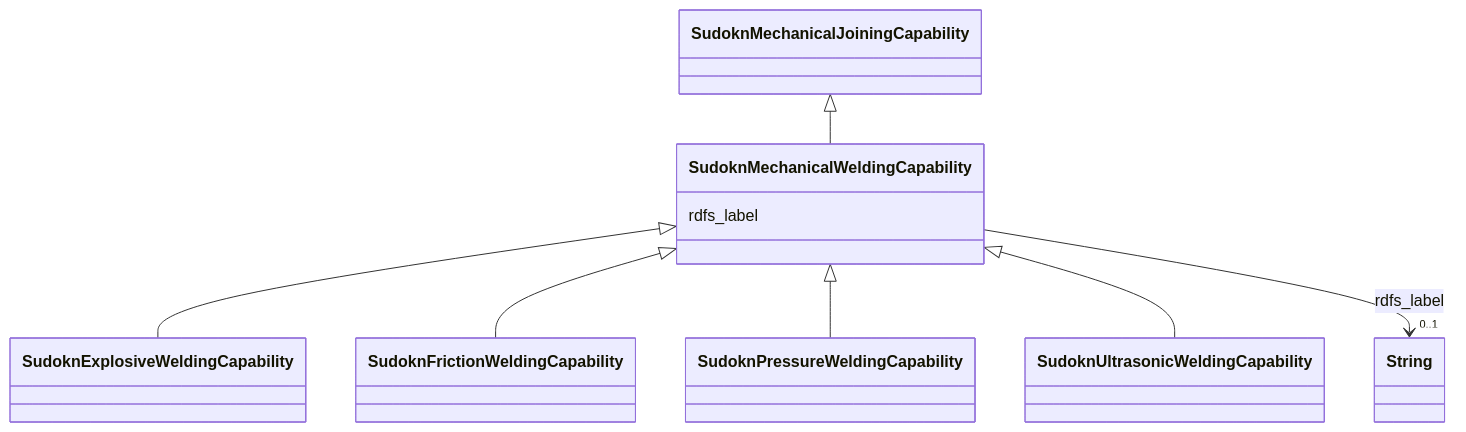
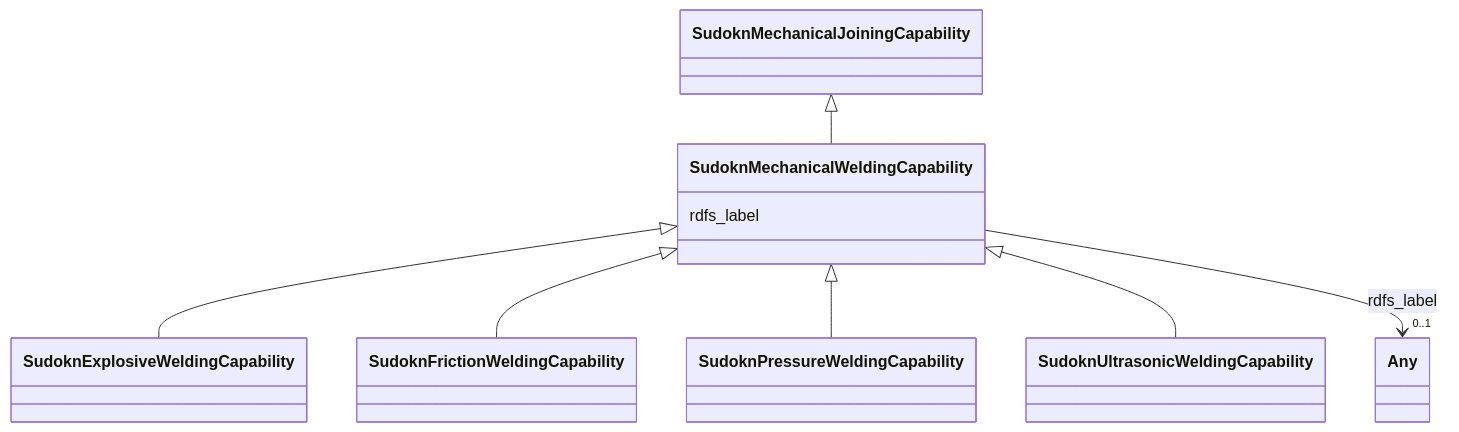
One commit to frink-okn/graph-descriptions changed the diagram in sudokn-kg/classes/SudoknMechanicalWeldingCapability.md. Above: the diagram before and after it, drawn with Mermaid. The commit also changed other lines of this file and 903 other files, not shown here.

````diff
--- a/sudokn-kg/classes/SudoknMechanicalWeldingCapability.md
+++ b/sudokn-kg/classes/SudoknMechanicalWeldingCapability.md
@@ -23,29 +16,29 @@
 ```mermaid
  classDiagram
     class SudoknMechanicalWeldingCapability
     click SudoknMechanicalWeldingCapability href "../SudoknMechanicalWeldingCapability"
       SudoknMechanicalJoiningCapability <|-- SudoknMechanicalWeldingCapability
         click SudoknMechanicalJoiningCapability href "../SudoknMechanicalJoiningCapability"
       
 
       SudoknMechanicalWeldingCapability <|-- SudoknExplosiveWeldingCapability
         click SudoknExplosiveWeldingCapability href "../SudoknExplosiveWeldingCapability"
       SudoknMechanicalWeldingCapability <|-- SudoknFrictionWeldingCapability
         click SudoknFrictionWeldingCapability href "../SudoknFrictionWeldingCapability"
       SudoknMechanicalWeldingCapability <|-- SudoknPressureWeldingCapability
         click SudoknPressureWeldingCapability href "../SudoknPressureWeldingCapability"
       SudoknMechanicalWeldingCapability <|-- SudoknUltrasonicWeldingCapability
         click SudoknUltrasonicWeldingCapability href "../SudoknUltrasonicWeldingCapability"
       
       
       SudoknMechanicalWeldingCapability : rdfs_label
         
           
     
     
-    SudoknMechanicalWeldingCapability --> "0..1" String : rdfs_label
-    click String href "../String"
+    SudoknMechanicalWeldingCapability --> "0..1" Any : rdfs_label
+    click Any href "../Any"
 
         
       
 ```
````
